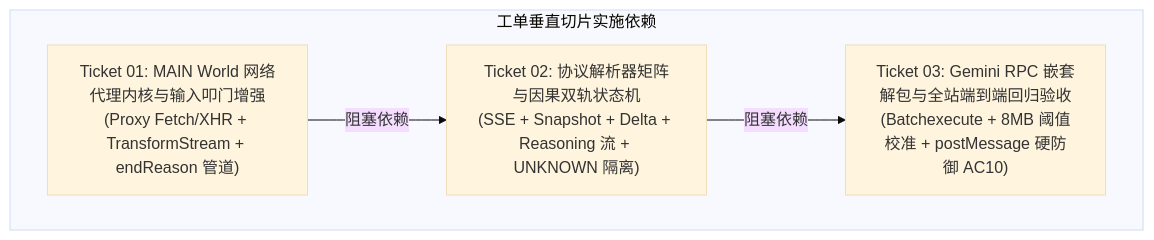
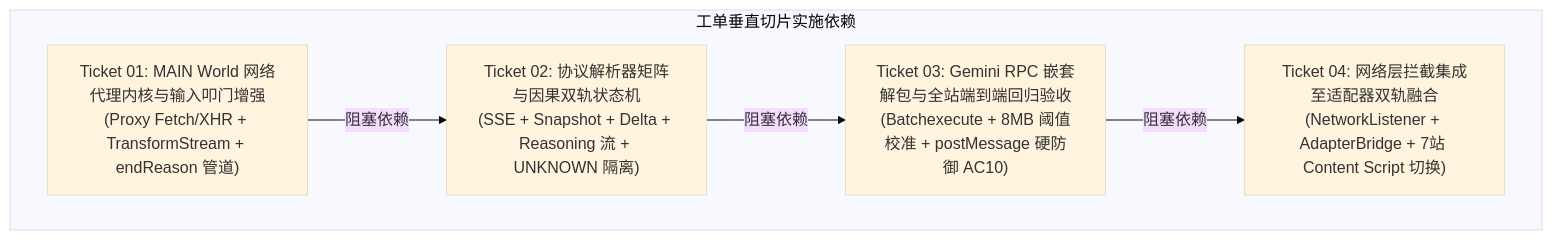
Before and after one commit to Leonard-Li777/multi-ai-council: the diagram in docs/issues/api-interception/00-overview.md, drawn with Mermaid (base theme). The commit also changed other lines of this file and 12 other files, not shown here.

````diff
--- a/docs/issues/api-interception/00-overview.md
+++ b/docs/issues/api-interception/00-overview.md
@@ -11,11 +11,13 @@
 ```mermaid
 flowchart TD
     subgraph Slices ["工单垂直切片实施依赖"]
         I1["Ticket 01: MAIN World 网络代理内核与输入叩门增强<br>(Proxy Fetch/XHR + TransformStream + endReason 管道)"]
         I2["Ticket 02: 协议解析器矩阵与因果双轨状态机<br>(SSE + Snapshot + Delta + Reasoning 流 + UNKNOWN 隔离)"]
         I3["Ticket 03: Gemini RPC 嵌套解包与全站端到端回归验收<br>(Batchexecute + 8MB 阈值校准 + postMessage 硬防御 AC10)"]
+        I4["Ticket 04: 网络层拦截集成至适配器双轨融合<br>(NetworkListener + AdapterBridge + 7站 Content Script 切换)"]
     end
 
     I1 -->|阻塞依赖| I2
     I2 -->|阻塞依赖| I3
+    I3 -->|阻塞依赖| I4
 ```
````
